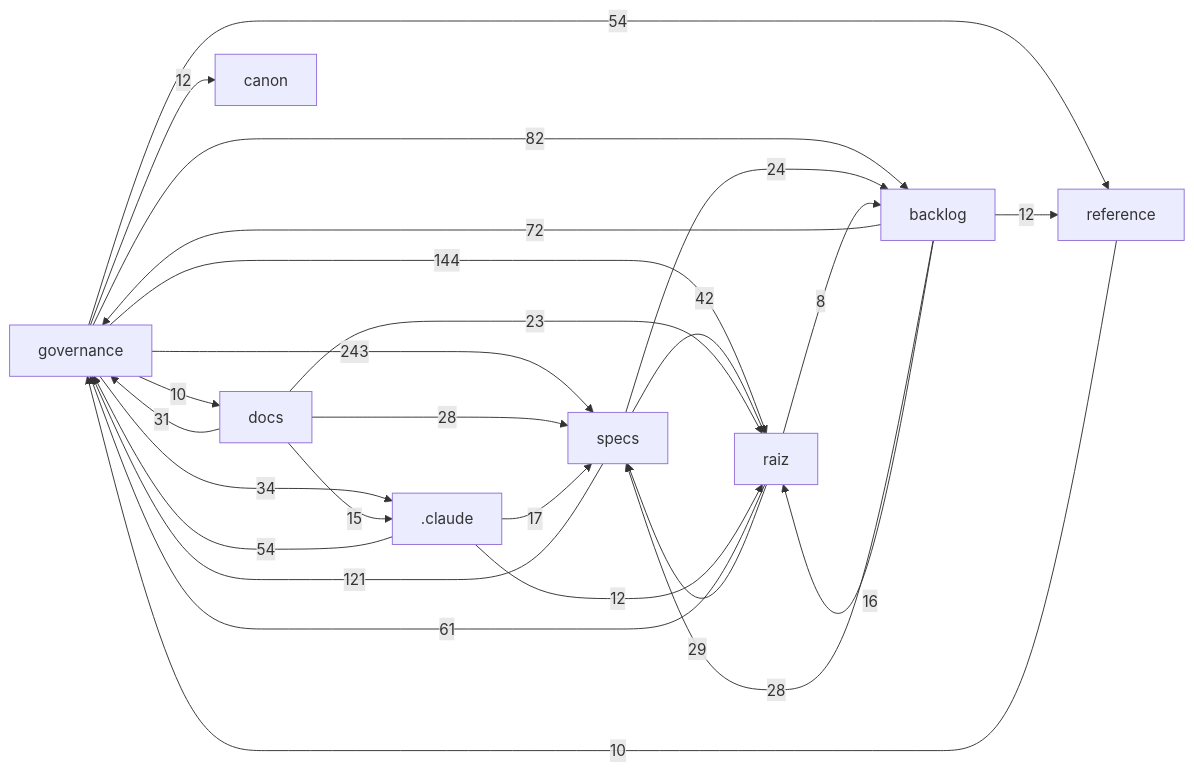
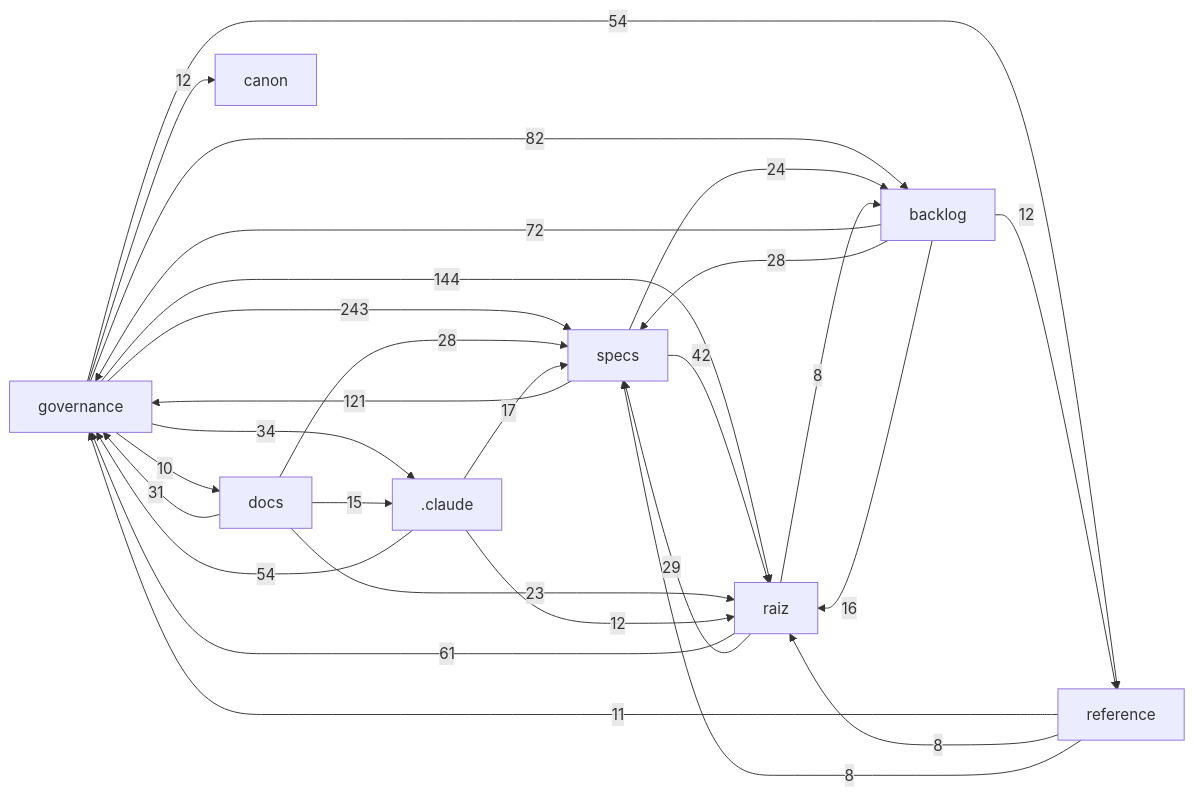
One commit to Andraus35/Sistema-Operacional-de-Trading--SOT changed the diagram in docs/mapa/MAPA-PROJETO.md. Above: the diagram before and after it, drawn with Mermaid. The commit also changed other lines of this file and 2 other files, not shown here.

Commit message:
docs(reference): respostas de Andraus às sugestões S-01..S-24 (insumo WORKFLOW.md v2)

````diff
--- a/docs/mapa/MAPA-PROJETO.md
+++ b/docs/mapa/MAPA-PROJETO.md
@@ -30,28 +30,30 @@
 ```mermaid
 flowchart LR
   governance["governance"] -->|243| specs["specs"]
   governance["governance"] -->|144| raiz["raiz"]
   specs["specs"] -->|121| governance["governance"]
   governance["governance"] -->|82| backlog["backlog"]
   backlog["backlog"] -->|72| governance["governance"]
   raiz["raiz"] -->|61| governance["governance"]
   _claude[".claude"] -->|54| governance["governance"]
   governance["governance"] -->|54| reference["reference"]
   specs["specs"] -->|42| raiz["raiz"]
   governance["governance"] -->|34| _claude[".claude"]
   docs["docs"] -->|31| governance["governance"]
   raiz["raiz"] -->|29| specs["specs"]
   backlog["backlog"] -->|28| specs["specs"]
   docs["docs"] -->|28| specs["specs"]
   specs["specs"] -->|24| backlog["backlog"]
   docs["docs"] -->|23| raiz["raiz"]
   _claude[".claude"] -->|17| specs["specs"]
   backlog["backlog"] -->|16| raiz["raiz"]
   docs["docs"] -->|15| _claude[".claude"]
   _claude[".claude"] -->|12| raiz["raiz"]
   backlog["backlog"] -->|12| reference["reference"]
   governance["governance"] -->|12| canon["canon"]
+  reference["reference"] -->|11| governance["governance"]
   governance["governance"] -->|10| docs["docs"]
-  reference["reference"] -->|10| governance["governance"]
   raiz["raiz"] -->|8| backlog["backlog"]
+  reference["reference"] -->|8| raiz["raiz"]
+  reference["reference"] -->|8| specs["specs"]
 ```
````
